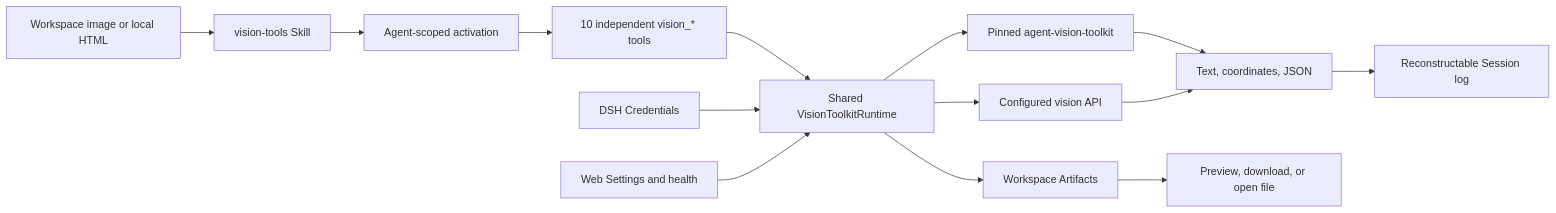
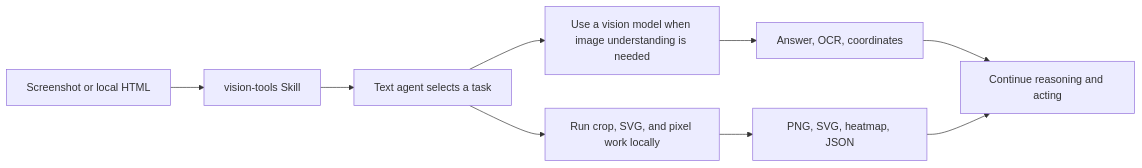
Before and after one commit to Anionex/dsh-vision-toolkit: the diagram in README.md, drawn with Mermaid. The commit also changed other lines of this file and 2 other files, not shown here.

Commit message:
docs: rewrite README around user outcomes

````diff
--- a/README.md
+++ b/README.md
@@ -149,16 +181,11 @@
 ```mermaid
 flowchart LR
-    User["Workspace image or local HTML"] --> Skill["vision-tools Skill"]
-    Skill --> Activate["Agent-scoped activation"]
-    Activate --> Tools["10 independent vision_* tools"]
-    Tools --> Runtime["Shared VisionToolkitRuntime"]
-    Credentials["DSH Credentials"] --> Runtime
-    Settings["Web Settings and health"] --> Runtime
-    Runtime --> Upstream["Pinned agent-vision-toolkit"]
-    Runtime --> Remote["Configured vision API"]
-    Upstream --> Result["Text, coordinates, JSON"]
-    Remote --> Result
-    Runtime --> Artifacts["Workspace Artifacts"]
-    Result --> Session["Reconstructable Session log"]
-    Artifacts --> Web["Preview, download, or open file"]
+    Image["Screenshot or local HTML"] --> Skill["vision-tools Skill"]
+    Skill --> Agent["Text agent selects a task"]
+    Agent --> Vision["Use a vision model when image understanding is needed"]
+    Agent --> Local["Run crop, SVG, and pixel work locally"]
+    Vision --> Result["Answer, OCR, coordinates"]
+    Local --> Artifact["PNG, SVG, heatmap, JSON"]
+    Result --> Session["Continue reasoning and acting"]
+    Artifact --> Session
 ```
````
